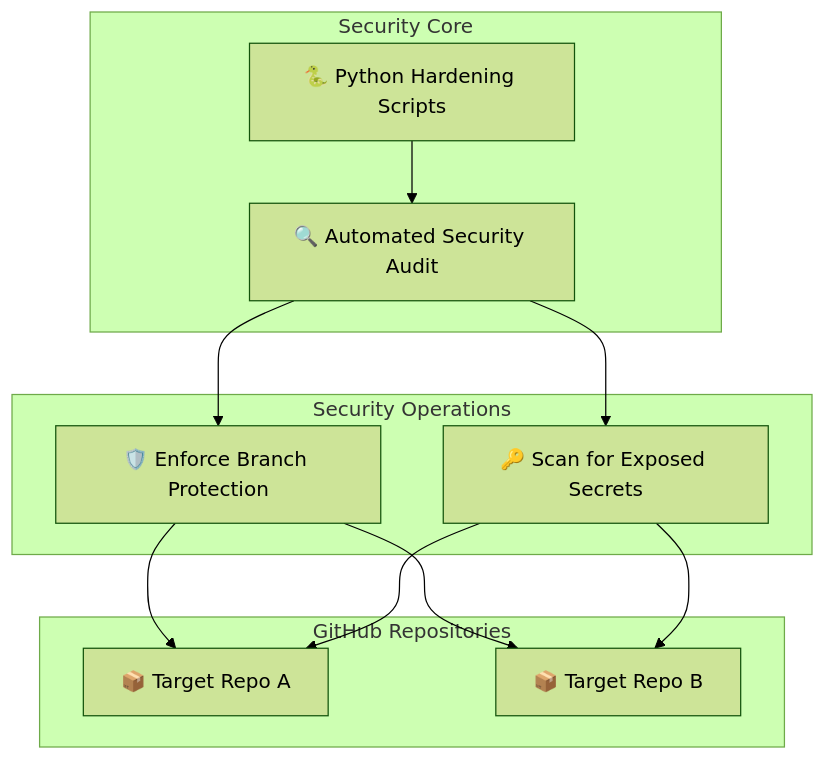
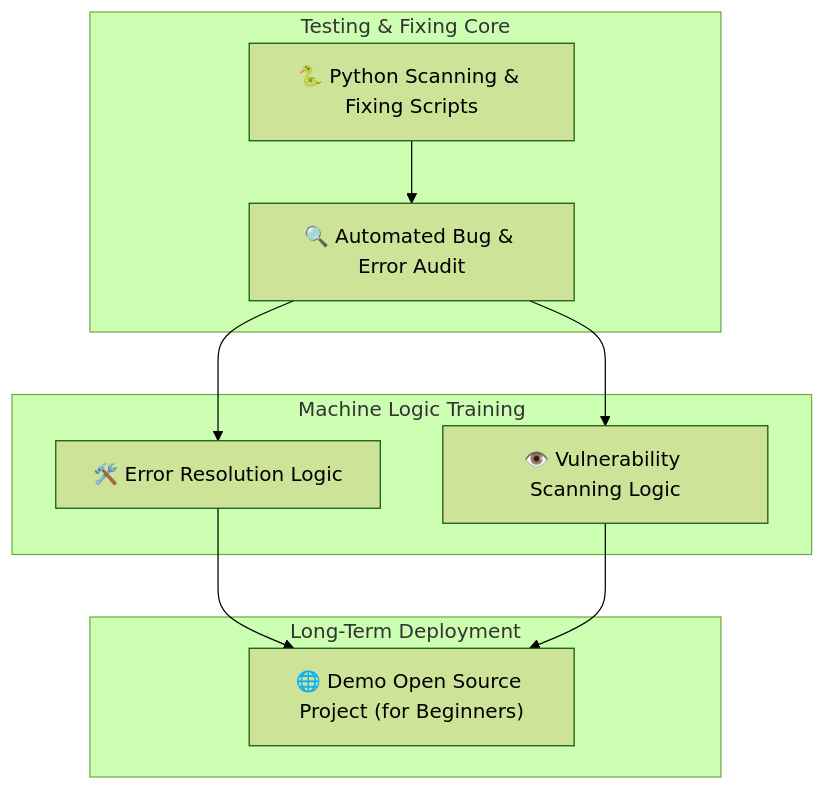
The diagram in README.md (Raphasha27/AI-Agent), drawn with Mermaid (forest theme) before and after one commit. The commit also changed other lines of this file, not shown here.

Commit message:
docs: align README with testing, machine training, and open source demo vision

````diff
--- a/README.md
+++ b/README.md
@@ -36,25 +39,22 @@
 ```mermaid
 graph TD
-    subgraph Core ["Security Core"]
-        Scripts["🐍 Python Hardening Scripts"]
-        Audit["🔍 Automated Security Audit"]
+    subgraph Core ["Testing & Fixing Core"]
+        Scripts["🐍 Python Scanning & Fixing Scripts"]
+        Audit["🔍 Automated Bug & Error Audit"]
     end
 
-    subgraph Targets ["GitHub Repositories"]
-        Repo1["📦 Target Repo A"]
-        Repo2["📦 Target Repo B"]
+    subgraph Operations ["Machine Logic Training"]
+        FixLogic["🛠️ Error Resolution Logic"]
+        ScanLogic["👁️ Vulnerability Scanning Logic"]
     end
 
-    subgraph Operations ["Security Operations"]
-        BranchProtect["🛡️ Enforce Branch Protection"]
-        SecretScan["🔑 Scan for Exposed Secrets"]
+    subgraph Future ["Long-Term Deployment"]
+        OpenSource["🌐 Demo Open Source Project (for Beginners)"]
     end
 
     Scripts --> Audit
-    Audit --> BranchProtect
-    Audit --> SecretScan
-    BranchProtect --> Repo1
-    BranchProtect --> Repo2
-    SecretScan --> Repo1
-    SecretScan --> Repo2
+    Audit --> FixLogic
+    Audit --> ScanLogic
+    FixLogic --> OpenSource
+    ScanLogic --> OpenSource
 ```
````
